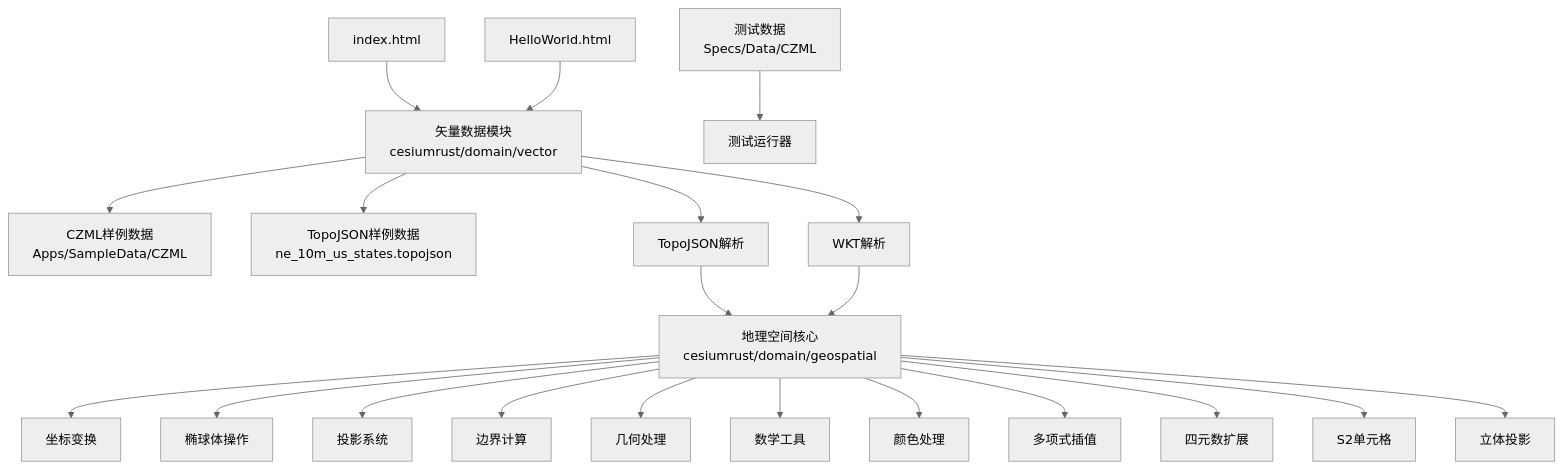
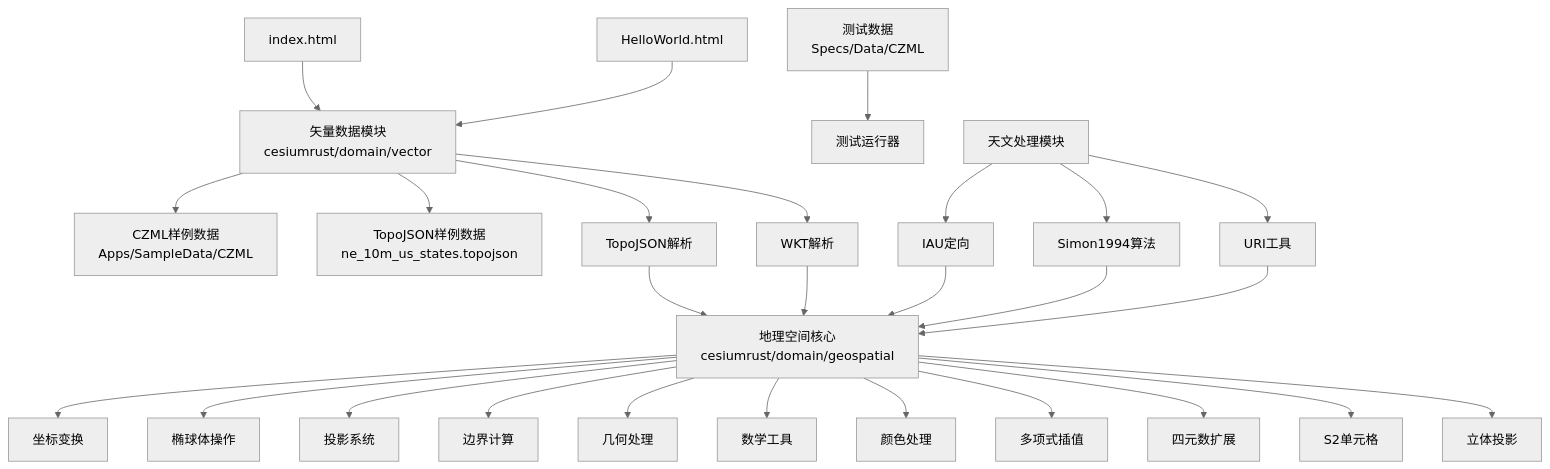
Diagram 13 of 13 in .qoder/repowiki/zh/content/项目概述/核心特性/地理空间数据处理/地理空间数据处理.md (rzhangjing/cesium), drawn with Mermaid (neutral theme) before and after one commit. The commit also changed other lines of this file and 90 other files, not shown here.

````diff
--- a/.qoder/repowiki/zh/content/项目概述/核心特性/地理空间数据处理/地理空间数据处理.md
+++ b/.qoder/repowiki/zh/content/项目概述/核心特性/地理空间数据处理/地理空间数据处理.md
@@ -645,23 +715,29 @@
 ```mermaid
 graph TB
 I["index.html"] --> V["CesiumViewer.js"]
 H["HelloWorld.html"] --> V
 V --> D1["CZML样例数据<br/>Apps/SampleData/CZML"]
 V --> D2["TopoJSON样例数据<br/>ne_10m_us_states.topojson"]
 T["测试数据<br/>Specs/Data/CZML"] --> R["测试运行器"]
 G["地理空间核心<br/>cesiumrust/domain/geospatial"] --> CT["坐标变换"]
 G --> EL["椭球体操作"]
 G --> PR["投影系统"]
 G --> BD["边界计算"]
 G --> GE["几何处理"]
 G --> MT["数学工具"]
 G --> CL["颜色处理"]
 G --> PL["多项式插值"]
 G --> QE["四元数扩展"]
 G --> SC["S2单元格"]
 G --> ST["立体投影"]
 V["矢量数据模块<br/>cesiumrust/domain/vector"] --> TJ["TopoJSON解析"]
 V --> WK["WKT解析"]
 TJ --> G
 WK --> G
+A["天文处理模块"] --> IA["IAU定向"]
+A --> SP["Simon1994算法"]
+A --> UR["URI工具"]
+IA --> G
+SP --> G
+UR --> G
 ```
````
